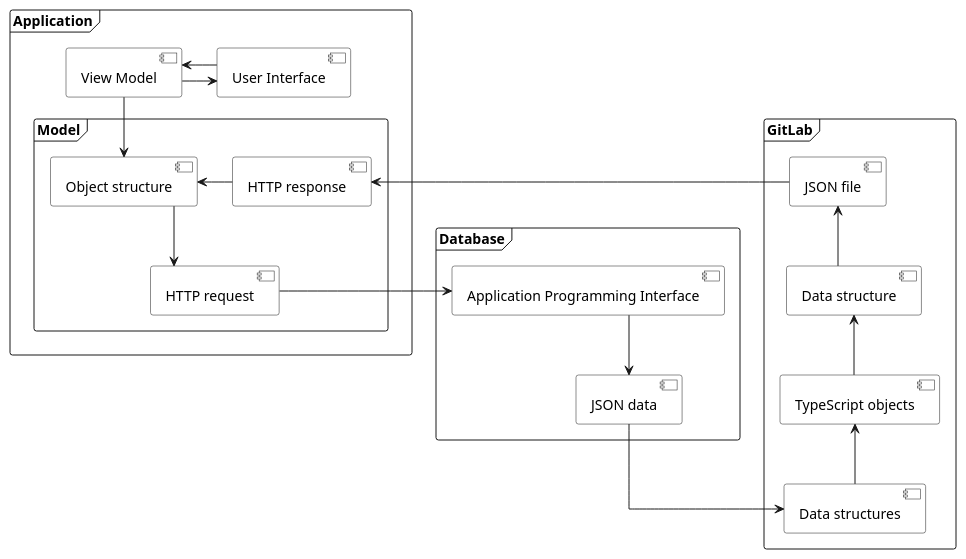
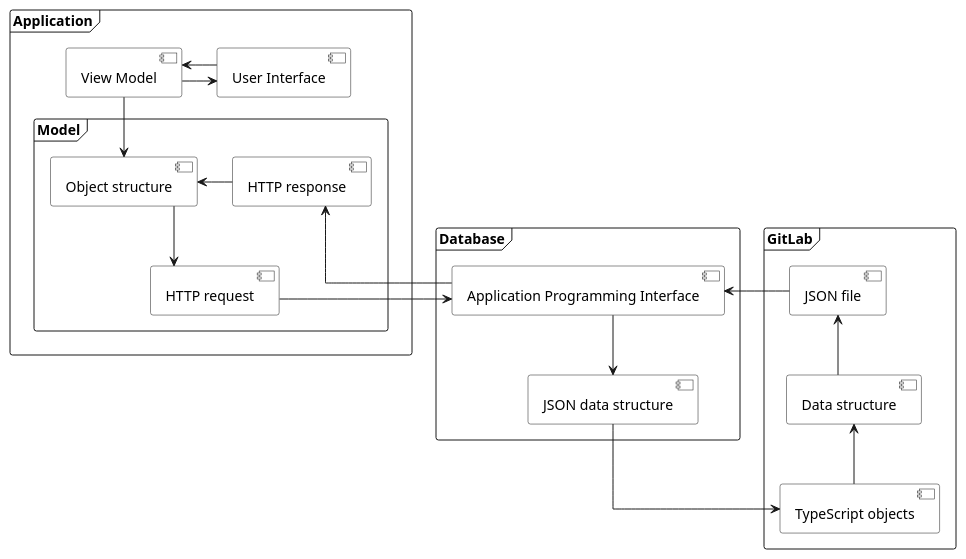
The first of 4 diagrams in dissertation/4-2 background-material.md (thorlindberg/thesis), drawn with PlantUML before and after one commit.

Commit message:
Update 4-2 background-material.md

```diff
--- a/dissertation/4-2 background-material.md
+++ b/dissertation/4-2 background-material.md
@@ -17,52 +17,54 @@
 @startuml
 
 skinparam linetype ortho
 
 <style>
 componentDiagram {
     BackGroundColor transparent
     frame {
         BackGroundColor white
     }
     component {
         BackGroundColor white
     }
 }
 </style>
 
 frame Database {
-    [Application Programming Interface] -down-> [JSON data]
+    [Application Programming Interface]
+    [JSON data structure]
 }
 
 frame GitLab {
-    [Data structures]
     [TypeScript objects]
     [Data structure]
     [JSON file]
 }
 
 frame Application {
     [User Interface]
     [View Model]
     frame Model {
         [Object structure]
         [HTTP request]
         [HTTP response]
     }
 }
 
 [User Interface] -left-> [View Model]
 [View Model] -right-> [User Interface] 
 [View Model] --> [Object structure]
 [Object structure] -down-> [HTTP request]
 [HTTP request] -right-> [Application Programming Interface]
 [HTTP response] -left-> [Object structure]
 
+[JSON file] -left-> [Application Programming Interface]
+[Application Programming Interface] -left-> [HTTP response]
+
+[Application Programming Interface] -down-> [JSON data structure]
+[JSON data structure] -right-> [TypeScript objects]
+
+[TypeScript objects] -up-> [Data structure]
 [Data structure] -up-> [JSON file]
-[JSON file] -left-> [HTTP response]
-[JSON data] -right-> [Data structures]
-
-[Data structures] -up-> [TypeScript objects]
-[TypeScript objects] -up-> [Data structure]
 
 @enduml
```
